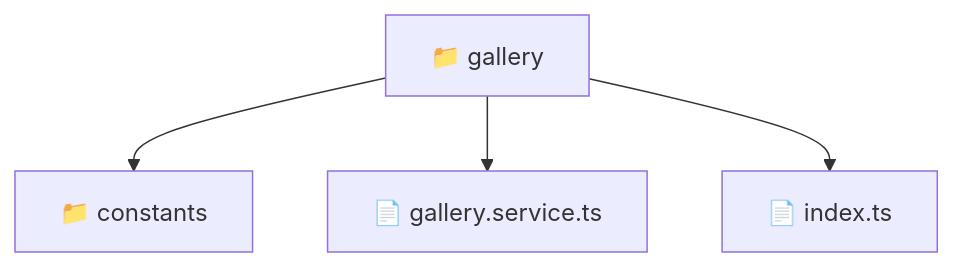
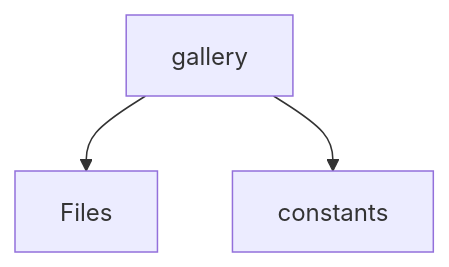
One commit to beginwebdev2002/fullstack-mavluda changed the diagram in frontend/src/entities/gallery/README.md. Above: the diagram before and after it, drawn with Mermaid. The commit also changed other lines of this file and 163 other files, not shown here.

First line of the commit message:
feat: autogenerate localized directory readmes for architectural transparency

````diff
--- a/frontend/src/entities/gallery/README.md
+++ b/frontend/src/entities/gallery/README.md
@@ -11,7 +12,5 @@
 ```mermaid
 graph TD
-  Root["📁 gallery"]
-  Root --> constants["📁 constants"]
-  Root --> gallery_service_ts["📄 gallery.service.ts"]
-  Root --> index_ts["📄 index.ts"]
+    gallery[gallery] --> Files
+    gallery --> constants[constants]
 ```
````
